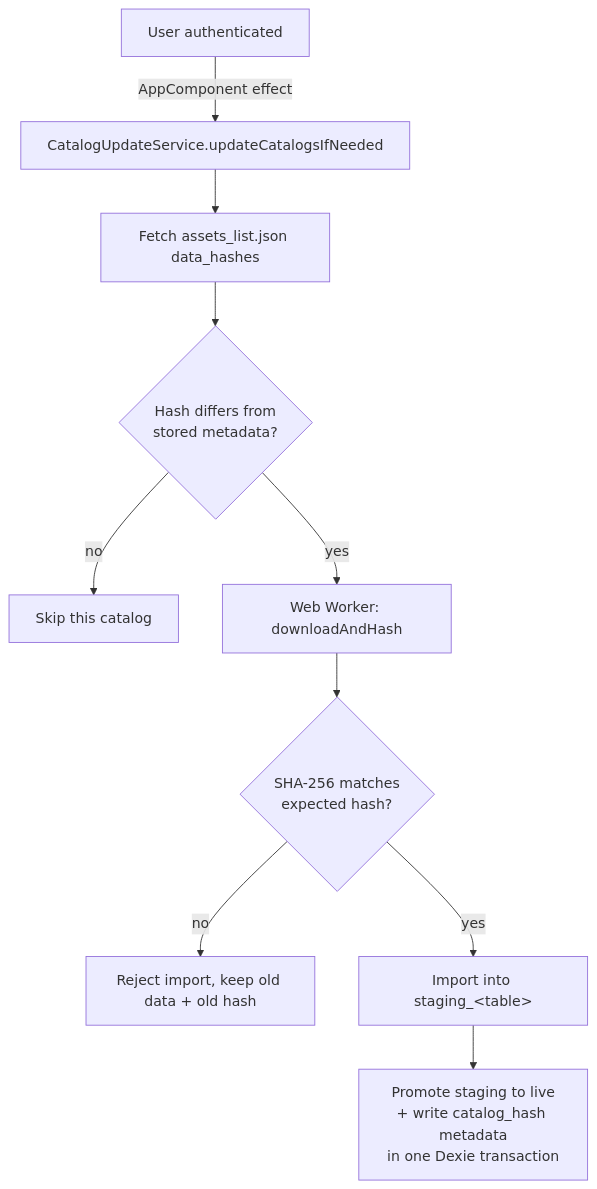
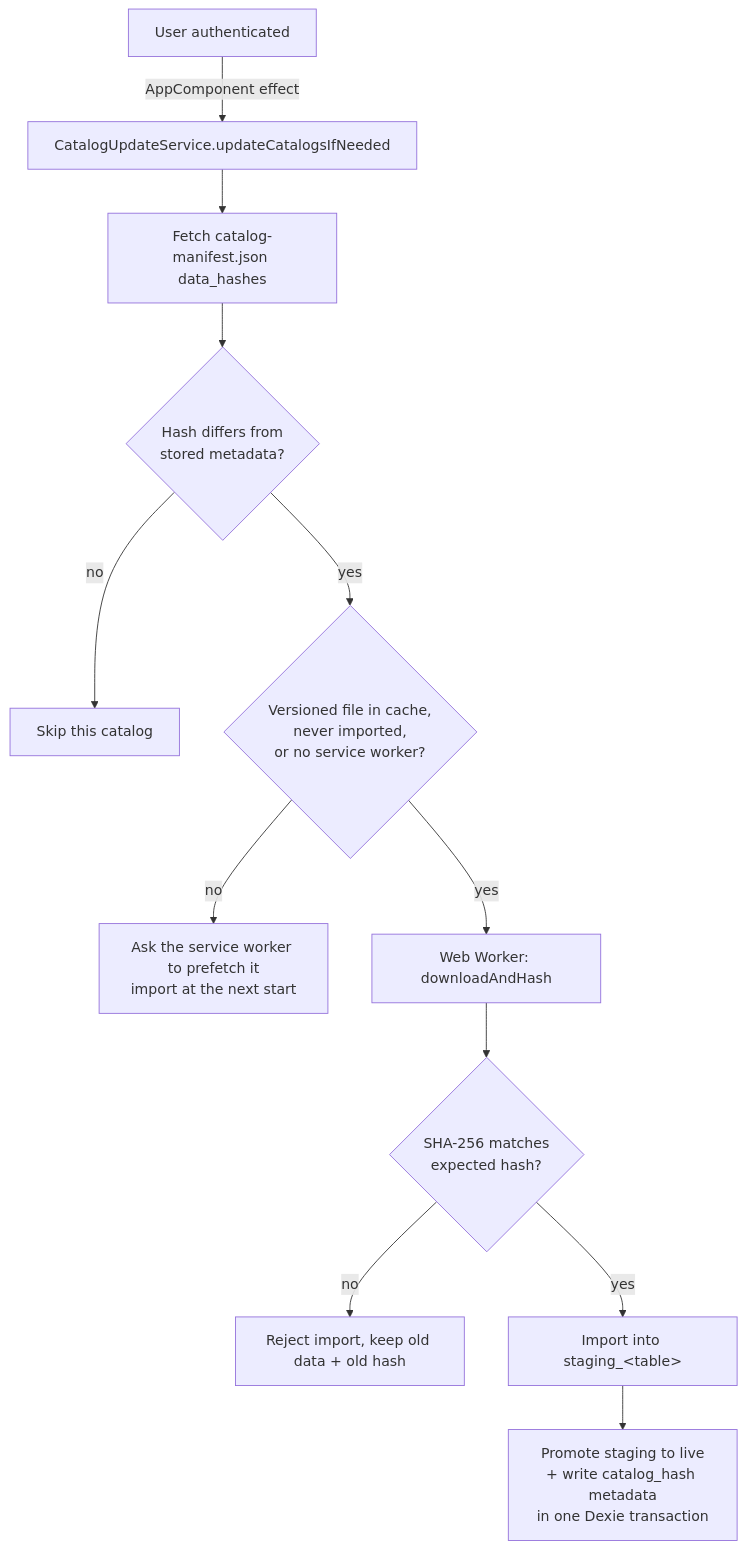
The diagram in docs-sphinx/source/fr/user_docs/developer_guide/app/catalog_update.md (phlowers/phlowers-stellar-app), drawn with Mermaid before and after one commit. The commit also changed other lines of this file and 24 other files, not shown here.

````diff
--- a/docs-sphinx/source/fr/user_docs/developer_guide/app/catalog_update.md
+++ b/docs-sphinx/source/fr/user_docs/developer_guide/app/catalog_update.md
@@ -13,12 +12,14 @@
 ```mermaid
 flowchart TD
     A[User authenticated] -->|AppComponent effect| B[CatalogUpdateService.updateCatalogsIfNeeded]
-    B --> C[Fetch assets_list.json data_hashes]
+    B --> C[Fetch catalog-manifest.json data_hashes]
     C --> D{Hash differs from<br/>stored metadata?}
     D -- no --> E[Skip this catalog]
-    D -- yes --> F[Web Worker: downloadAndHash]
+    D -- yes --> P{Versioned file in cache,<br/>never imported,<br/>or no service worker?}
+    P -- no --> Q[Ask the service worker to prefetch it<br/>import at the next start]
+    P -- yes --> F[Web Worker: downloadAndHash]
     F --> G{SHA-256 matches<br/>expected hash?}
     G -- no --> H[Reject import, keep old data + old hash]
     G -- yes --> I[Import into staging_&lt;table&gt;]
     I --> J[Promote staging to live<br/>+ write catalog_hash metadata<br/>in one Dexie transaction]
 ```
````
